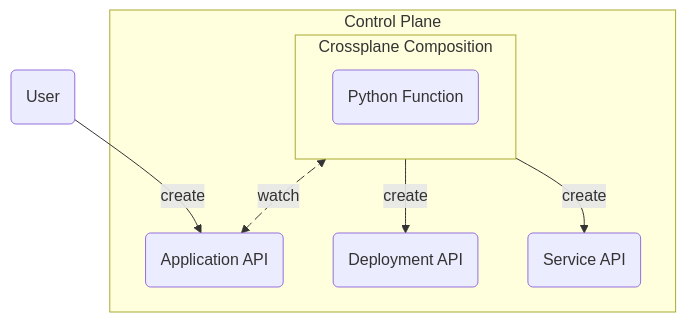
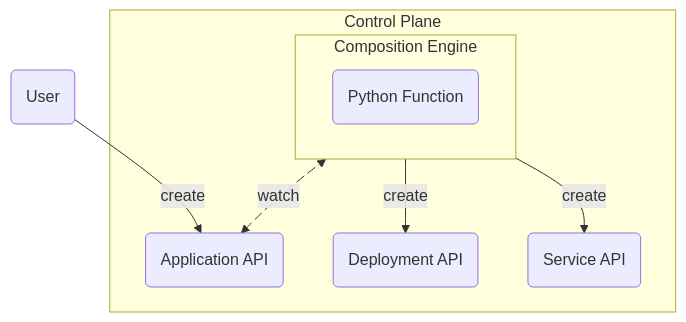
The second of 4 diagrams in content/v2.0-preview/what-is-crossplane/_index.md (crossplane/docs), drawn with Mermaid before and after one commit. The commit also changed other lines of this file, not shown here.

First line of the commit message:
Minor diagram tweaks

````diff
--- a/content/v2.0-preview/what-is-crossplane/_index.md
+++ b/content/v2.0-preview/what-is-crossplane/_index.md
@@ -99,22 +99,22 @@
 ```mermaid
 flowchart TD
 user(User)
 
 subgraph control [Control Plane]
   api(Application API)
 
-  subgraph crossplane [Crossplane Composition]
+  subgraph crossplane [Composition Engine]
     fn(Python Function)
   end
 
   deployment(Deployment API)
   service(Service API)
 end
 
 user -- create --> api
 crossplane watch@<-- watch --> api
 crossplane -- create --> deployment
 crossplane -- create --> service
 
 watch@{animate: true}
 ```
````
